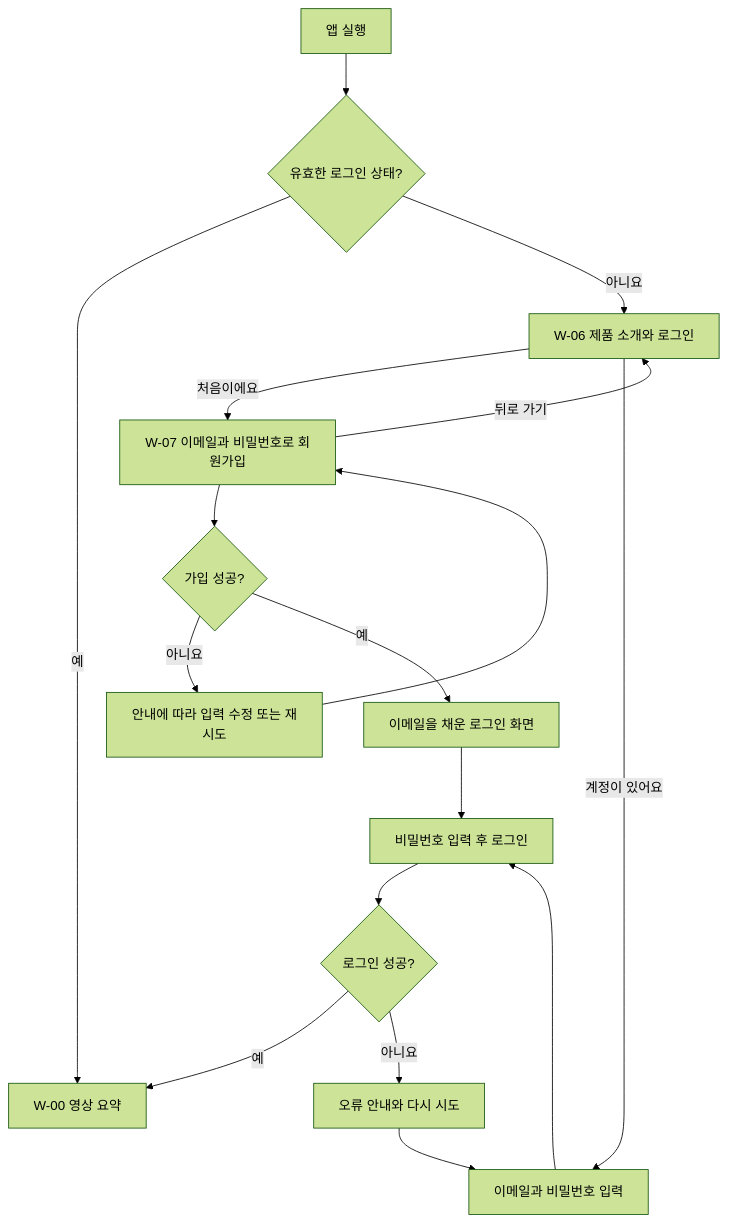
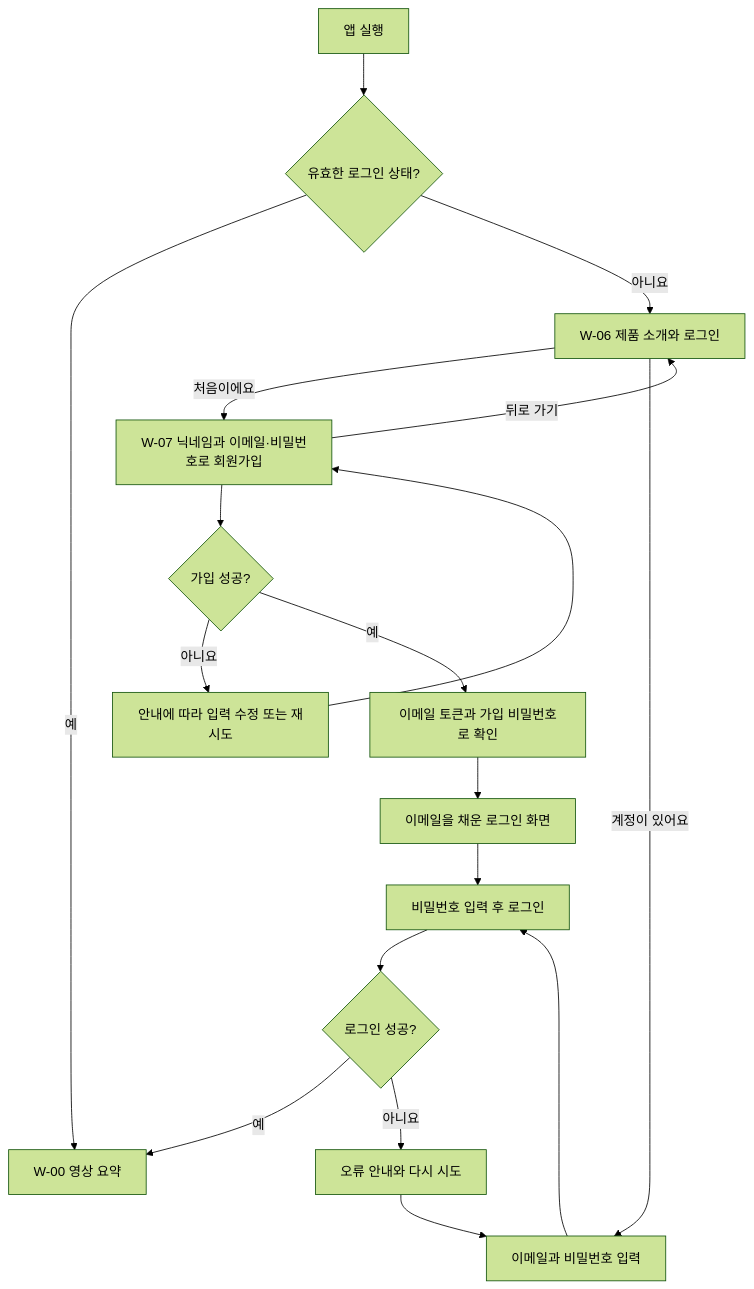
Before and after one commit to ted-workshop/user-interface-ssu: the second of 5 diagrams in docs/qletter/05-user-flows.md, drawn with Mermaid (forest theme). The commit also changed other lines of this file and 10 other files, not shown here.

````diff
--- a/docs/qletter/05-user-flows.md
+++ b/docs/qletter/05-user-flows.md
@@ -38,19 +40,20 @@
 ```mermaid
 flowchart TD
     A[앱 실행] --> B{유효한 로그인 상태?}
     B -->|예| Home[W-00 영상 요약]
     B -->|아니요| C[W-06 제품 소개와 로그인]
-    C -->|처음이에요| Signup[W-07 이메일과 비밀번호로 회원가입]
+    C -->|처음이에요| Signup[W-07 닉네임과 이메일·비밀번호로 회원가입]
     Signup --> Valid{가입 성공?}
     Valid -->|아니요| Fix[안내에 따라 입력 수정 또는 재시도]
     Fix --> Signup
-    Valid -->|예| Ready[이메일을 채운 로그인 화면]
+    Valid -->|예| Verify[이메일 토큰과 가입 비밀번호로 확인]
+    Verify --> Ready[이메일을 채운 로그인 화면]
     Signup -->|뒤로 가기| C
     Ready --> D[비밀번호 입력 후 로그인]
     C -->|계정이 있어요| Input[이메일과 비밀번호 입력]
     Input --> D
     D --> F{로그인 성공?}
     F -->|예| Home
     F -->|아니요| G[오류 안내와 다시 시도]
     G --> Input
 ```
````
